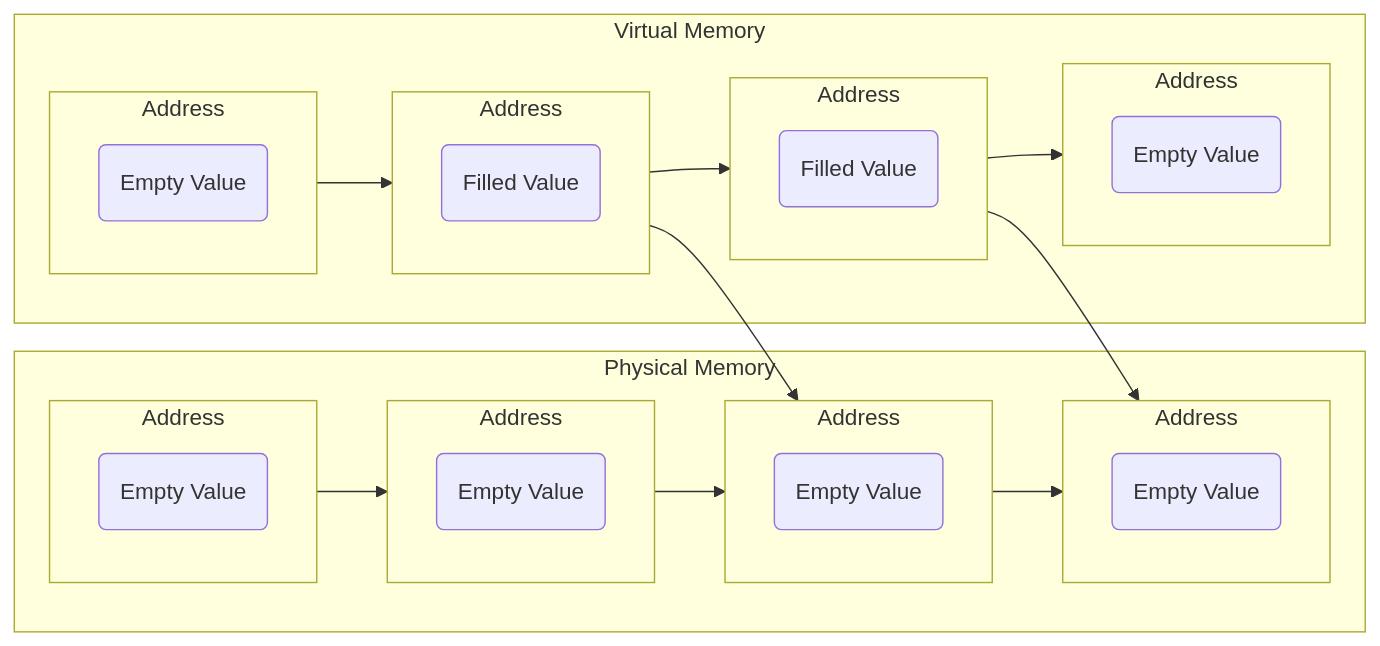
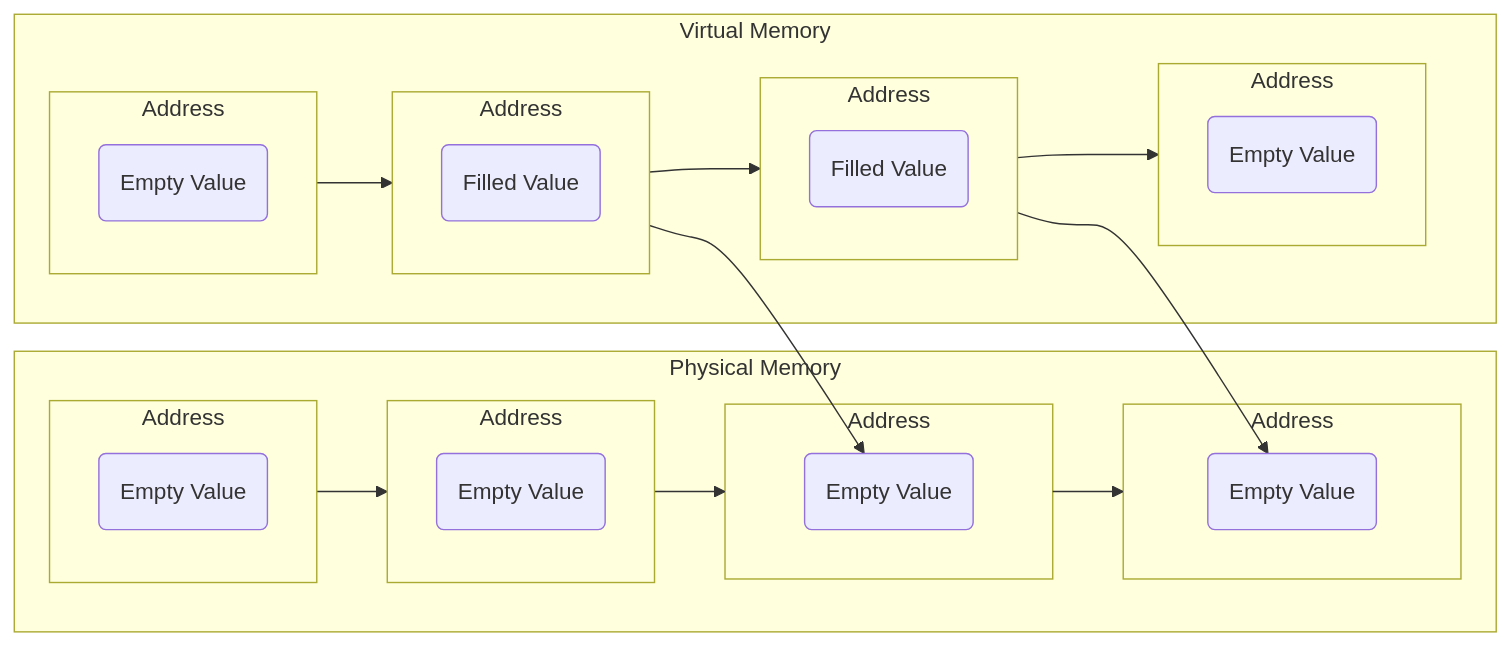
The first of 2 diagrams in Lecture_1_Intro_to_C_and_Memory.md (Xv-yn/COMP2017), drawn with Mermaid before and after one commit.

Commit message:
Modified Lecture 1

````diff
--- a/Lecture_1_Intro_to_C_and_Memory.md
+++ b/Lecture_1_Intro_to_C_and_Memory.md
@@ -47,38 +47,38 @@
 ```mermaid
 flowchart LR
 
 subgraph PM ["Physical Memory"]
     subgraph A5 ["Address"]
         node10("Empty Value")
     end
     subgraph A6 ["Address"]
         node9("Empty Value")
     end
     subgraph A7 ["Address"]
         node8("Empty Value")
     end
     subgraph A8 ["Address"]
         node7("Empty Value")
     end
     A5 --> A6 --> A7 --> A8
 end
 
 subgraph VM ["Virtual Memory"]
     subgraph A1 ["Address"]
         node1("Empty Value")
     end
     subgraph A2 ["Address"]
         node2("Filled Value")
     end
     subgraph A3 ["Address"]
         node3("Filled Value")
     end
     subgraph A4 ["Address"]
         node4("Empty Value")
     end
     A1 --> A2 --> A3 --> A4
 end
 
-A2 --> A7
-A3 --> A8
+A2 --> node8
+A3 --> node7
 ```
````
